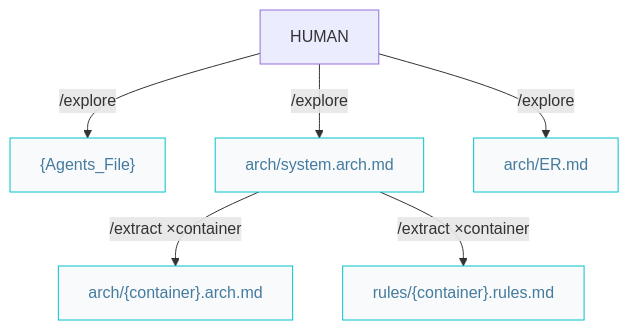
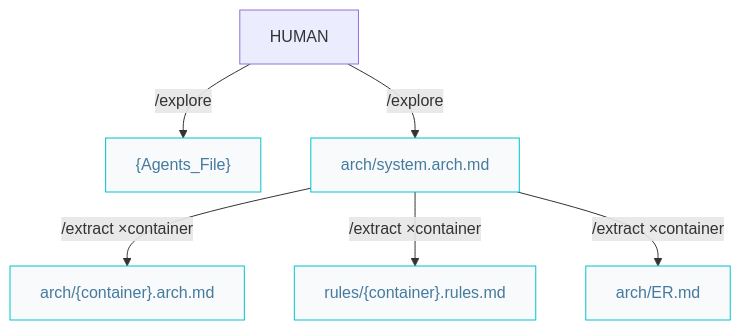
One commit to AIDDbot/AIDDbot changed the first of 3 diagrams in docs/pipelines.md. Above: the diagram before and after it, drawn with Mermaid. The commit also changed other lines of this file and 19 other files, not shown here.

````diff
--- a/docs/pipelines.md
+++ b/docs/pipelines.md
@@ -9,17 +9,17 @@
 ```mermaid
 flowchart TD  
   HUM[HUMAN]
   AGT["{Agents_File}"]:::nd
   ARC["arch/system.arch.md"]:::nd
   ERD["arch/ER.md"]:::nd
   CAR["arch/{container}.arch.md"]:::nd
   RUL["rules/{container}.rules.md"]:::nd
 
   HUM -->|/explore| AGT
   HUM -->|/explore| ARC
-  HUM -->|/explore| ERD
   ARC -->|/extract ×container| CAR
   ARC -->|/extract ×container| RUL
+  ARC -->|/extract ×container| ERD
 
   classDef nd fill:#f8fafc,stroke:#00c4cc,color:#457b9d
 ```
````
